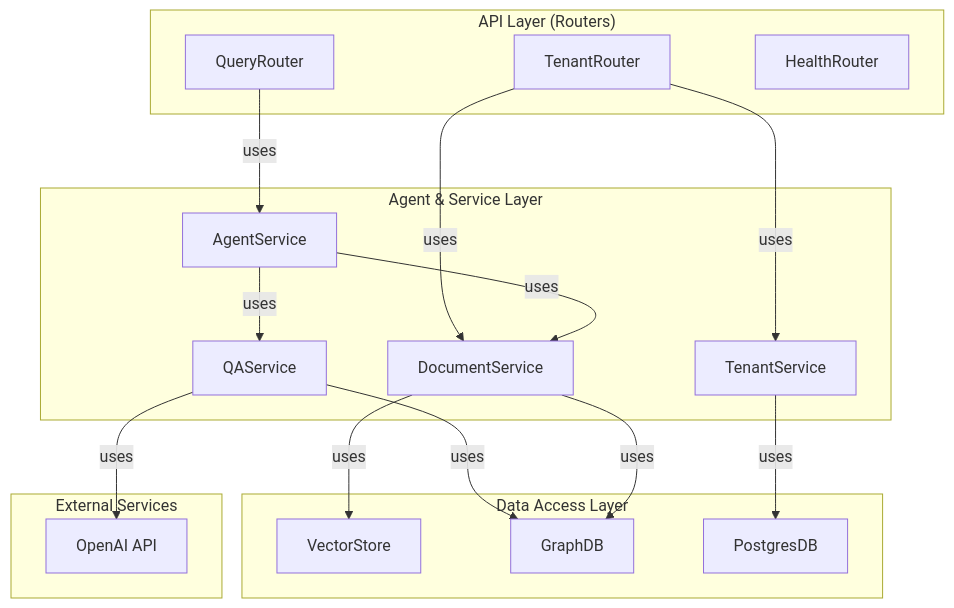
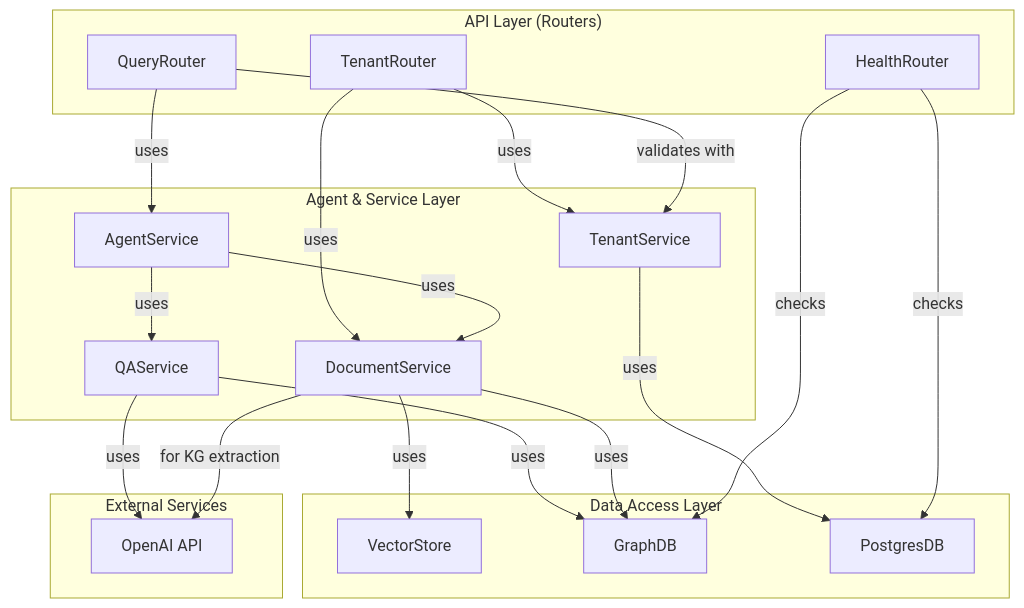
One commit to zhu-weijie/cogni-graph changed the diagram in design/class_diagram.md. Above: the diagram before and after it, drawn with Mermaid. The commit also changed 22 other files, not shown here.

````diff
--- a/design/class_diagram.md
+++ b/design/class_diagram.md
@@ -1,39 +1,44 @@
 ```mermaid
 graph TD
     subgraph "API Layer (Routers)"
         A[QueryRouter]
         B[TenantRouter]
         C[HealthRouter]
     end
 
     subgraph "Agent & Service Layer"
         D[AgentService]
         E[QAService]
         F[DocumentService]
         G[TenantService]
     end
 
     subgraph "Data Access Layer"
         H[VectorStore]
         I[GraphDB]
         J[PostgresDB]
     end
 
     subgraph "External Services"
         K[OpenAI API]
     end
 
     A -- uses --> D
     B -- uses --> G
     B -- uses --> F
 
     D -- uses --> E
     D -- uses --> F
     E -- uses --> K
     E -- uses --> I
-
+    
     F -- uses --> H
     F -- uses --> I
 
     G -- uses --> J
+
+    A -- validates with --> G
+    C -- checks --> J
+    C -- checks --> I
+    F -- for KG extraction --> K
 ```
````
